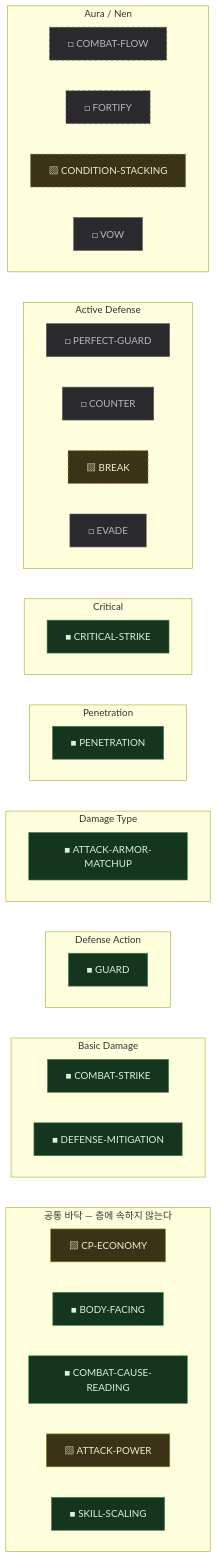
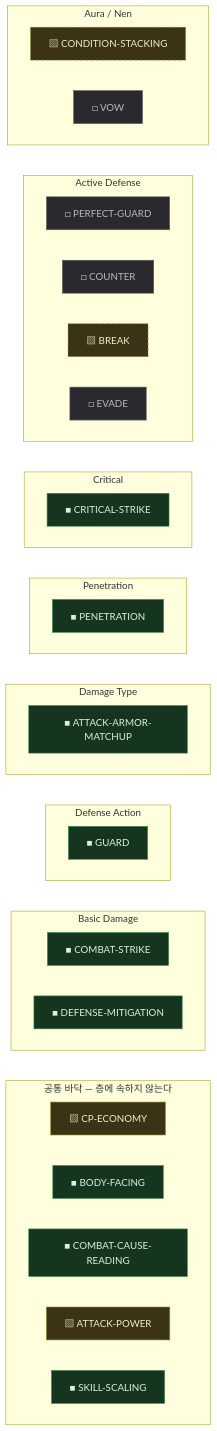
The second of 14 diagrams in HktAdvProtoH/content/proto-adventure/master/graph/GRAPH.md (dkwkekzz/HktFramework), drawn with Mermaid before and after one commit. The commit also changed other lines of this file and 10 other files, not shown here.

````diff
--- a/HktAdvProtoH/content/proto-adventure/master/graph/GRAPH.md
+++ b/HktAdvProtoH/content/proto-adventure/master/graph/GRAPH.md
@@ -159,57 +159,54 @@
 ```mermaid
 flowchart TB
   subgraph SEG0 ["Aura / Nen"]
-    N0["□ COMBAT-FLOW"]
-    N1["□ FORTIFY"]
-    N2["▨ CONDITION-STACKING"]
-    N3["□ VOW"]
+    N0["▨ CONDITION-STACKING"]
+    N1["□ VOW"]
   end
   subgraph SEG1 ["Active Defense"]
-    N4["□ PERFECT-GUARD"]
-    N5["□ COUNTER"]
-    N6["▨ BREAK"]
-    N7["□ EVADE"]
+    N2["□ PERFECT-GUARD"]
+    N3["□ COUNTER"]
+    N4["▨ BREAK"]
+    N5["□ EVADE"]
   end
   subgraph SEG2 ["Critical"]
-    N8["■ CRITICAL-STRIKE"]
+    N6["■ CRITICAL-STRIKE"]
   end
   subgraph SEG3 ["Penetration"]
-    N9["■ PENETRATION"]
+    N7["■ PENETRATION"]
   end
   subgraph SEG4 ["Damage Type"]
-    N10["■ ATTACK-ARMOR-MATCHUP"]
+    N8["■ ATTACK-ARMOR-MATCHUP"]
   end
   subgraph SEG5 ["Defense Action"]
-    N11["■ GUARD"]
+    N9["■ GUARD"]
   end
   subgraph SEG6 ["Basic Damage"]
-    N12["■ COMBAT-STRIKE"]
-    N13["■ DEFENSE-MITIGATION"]
+    N10["■ COMBAT-STRIKE"]
+    N11["■ DEFENSE-MITIGATION"]
   end
   subgraph SEGBASE ["공통 바닥 — 층에 속하지 않는다"]
-    N14["▨ CP-ECONOMY"]
-    N15["■ BODY-FACING"]
-    N16["■ COMBAT-CAUSE-READING"]
-    N17["▨ ATTACK-POWER"]
-    N18["■ SKILL-SCALING"]
+    N12["▨ CP-ECONOMY"]
+    N13["■ BODY-FACING"]
+    N14["■ COMBAT-CAUSE-READING"]
+    N15["▨ ATTACK-POWER"]
+    N16["■ SKILL-SCALING"]
   end
   SEG0 ~~~ SEG1
   SEG1 ~~~ SEG2
   SEG2 ~~~ SEG3
   SEG3 ~~~ SEG4
   SEG4 ~~~ SEG5
   SEG5 ~~~ SEG6
   SEG6 ~~~ SEGBASE
 
   classDef impl fill:#16351f,stroke:#3f8a52,color:#d8f2df;
   classDef part fill:#3a3315,stroke:#9a8a2e,color:#f2ecd0;
   classDef miss fill:#2a2a2e,stroke:#5c5c66,color:#b8b8c2;
   classDef implS fill:#16351f,stroke:#3f8a52,color:#d8f2df,stroke-dasharray:5 4;
   classDef partS fill:#3a3315,stroke:#9a8a2e,color:#f2ecd0,stroke-dasharray:5 4;
   classDef missS fill:#2a2a2e,stroke:#5c5c66,color:#b8b8c2,stroke-dasharray:5 4;
-  class N8,N9,N10,N11,N12,N13,N15,N16,N18 impl;
-  class N14,N17 part;
-  class N3,N4,N5,N7 miss;
-  class N2,N6 partS;
-  class N0,N1 missS;
+  class N6,N7,N8,N9,N10,N11,N13,N14,N16 impl;
+  class N12,N15 part;
+  class N1,N2,N3,N5 miss;
+  class N0,N4 partS;
 ```
````
